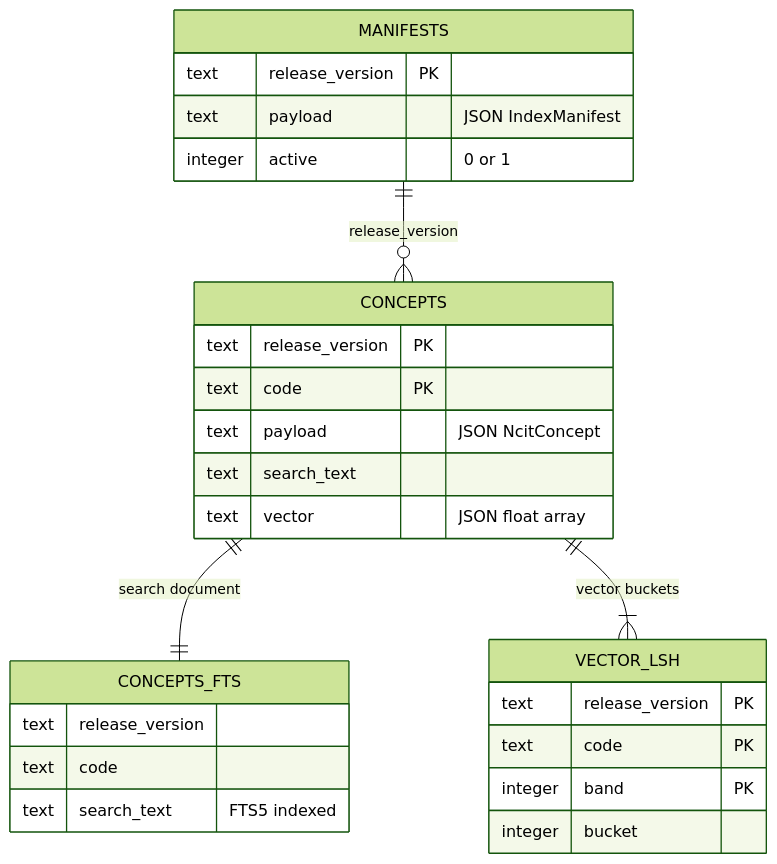
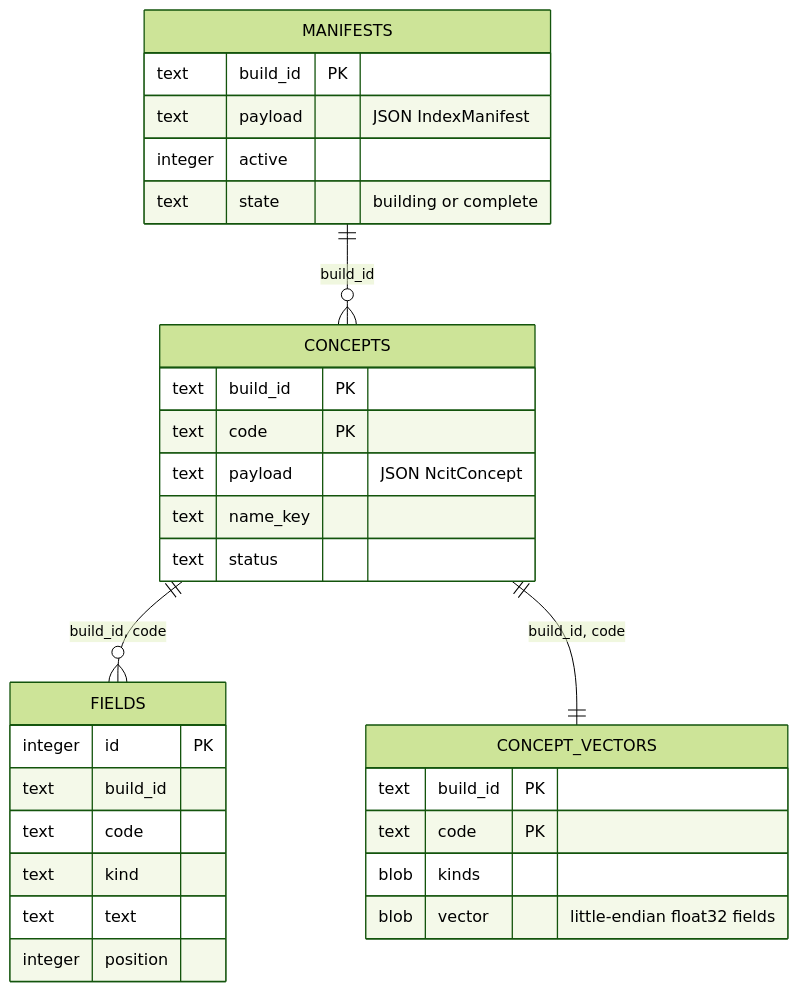
Before and after one commit to CBIIT/nci-si-mcp: the second of 2 diagrams in ARCHITECTURE.md, drawn with Mermaid (forest theme). The commit also changed other lines of this file and 118 other files, not shown here.

Commit message:
feat(evs)!: complete release-pinned content, search and resources

````diff
--- a/ARCHITECTURE.md
+++ b/ARCHITECTURE.md
@@ -258,33 +296,33 @@
 ```mermaid
 erDiagram
     MANIFESTS {
-        text release_version PK
+        text build_id PK
         text payload "JSON IndexManifest"
-        integer active "0 or 1"
+        integer active
+        text state "building or complete"
     }
-
     CONCEPTS {
-        text release_version PK
+        text build_id PK
         text code PK
         text payload "JSON NcitConcept"
-        text search_text
-        text vector "JSON float array"
+        text name_key
+        text status
     }
-
-    CONCEPTS_FTS {
-        text release_version
+    FIELDS {
+        integer id PK
+        text build_id
         text code
-        text search_text "FTS5 indexed"
+        text kind
+        text text
+        integer position
     }
-
-    VECTOR_LSH {
-        text release_version PK
+    CONCEPT_VECTORS {
+        text build_id PK
         text code PK
-        integer band PK
-        integer bucket
+        blob kinds
+        blob vector "little-endian float32 fields"
     }
-
-    MANIFESTS ||--o{ CONCEPTS : "release_version"
-    CONCEPTS ||--|| CONCEPTS_FTS : "search document"
-    CONCEPTS ||--|{ VECTOR_LSH : "vector buckets"
+    MANIFESTS ||--o{ CONCEPTS : build_id
+    CONCEPTS ||--o{ FIELDS : "build_id, code"
+    CONCEPTS ||--|| CONCEPT_VECTORS : "build_id, code"
 ```
````
